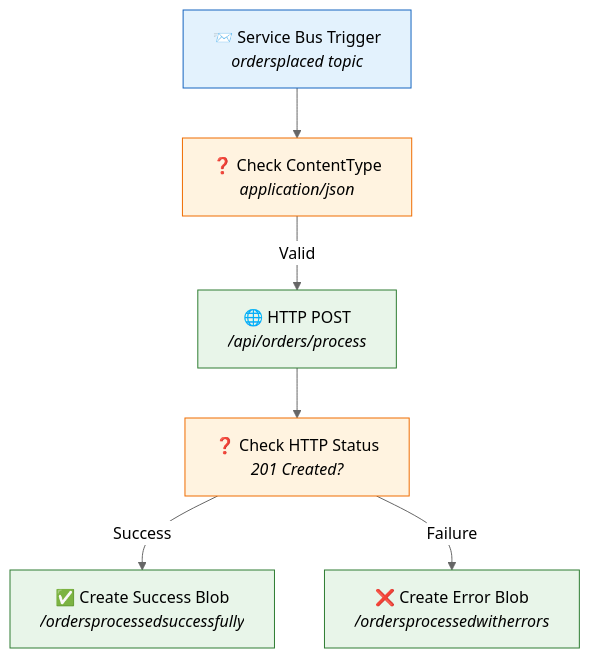
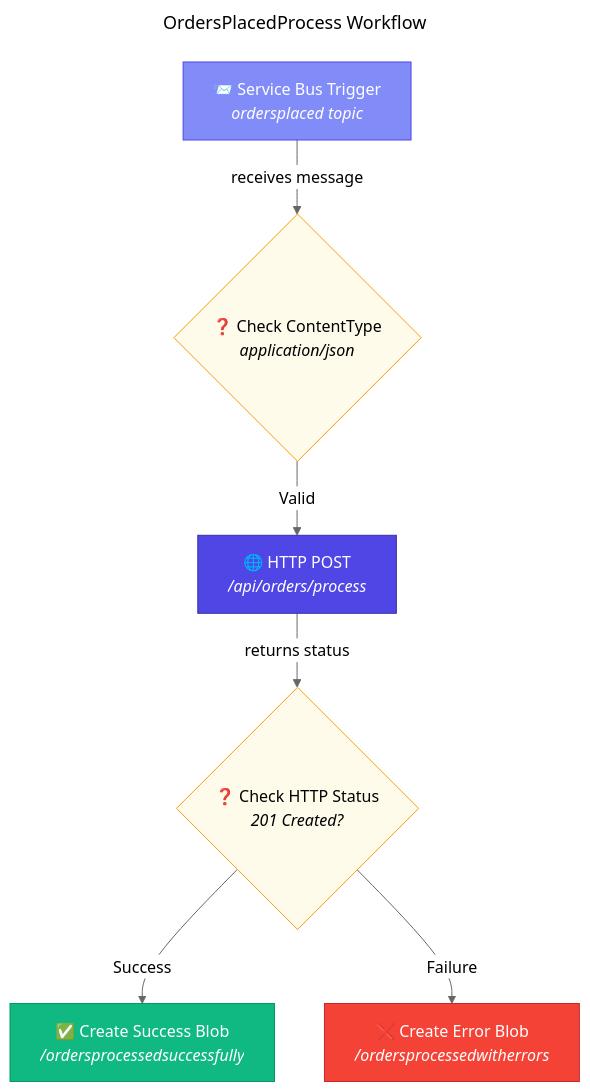
One commit to Evilazaro/Azure-LogicApps-Monitoring changed the fourth of 5 diagrams in docs/architecture/03-application-architecture.md. Above: the diagram before and after it, drawn with Mermaid (neutral theme). The commit also changed other lines of this file, not shown here.

Commit message:
feat: Enhance application architecture documentation with updated landscape maps and component structures

````diff
--- a/docs/architecture/03-application-architecture.md
+++ b/docs/architecture/03-application-architecture.md
@@ -216,23 +264,34 @@
 ```mermaid
+---
+title: OrdersPlacedProcess Workflow
+---
 flowchart TD
+    %% ===== WORKFLOW STEPS =====
     Trigger["📨 Service Bus Trigger<br/><i>ordersplaced topic</i>"]
-    Check["❓ Check ContentType<br/><i>application/json</i>"]
+    Check{"❓ Check ContentType<br/><i>application/json</i>"}
     HTTP["🌐 HTTP POST<br/><i>/api/orders/process</i>"]
-    CheckResult["❓ Check HTTP Status<br/><i>201 Created?</i>"]
+    CheckResult{"❓ Check HTTP Status<br/><i>201 Created?</i>"}
     Success["✅ Create Success Blob<br/><i>/ordersprocessedsuccessfully</i>"]
     Error["❌ Create Error Blob<br/><i>/ordersprocessedwitherrors</i>"]
 
-    Trigger --> Check
+    %% ===== CONNECTIONS =====
+    Trigger -->|"receives message"| Check
     Check -->|"Valid"| HTTP
-    HTTP --> CheckResult
+    HTTP -->|"returns status"| CheckResult
     CheckResult -->|"Success"| Success
     CheckResult -->|"Failure"| Error
 
-    classDef trigger fill:#e3f2fd,stroke:#1565c0
-    classDef action fill:#e8f5e9,stroke:#2e7d32
-    classDef decision fill:#fff3e0,stroke:#ef6c00
+    %% ===== STYLES - NODE CLASSES =====
+    classDef trigger fill:#818CF8,stroke:#4F46E5,color:#FFFFFF
+    classDef primary fill:#4F46E5,stroke:#3730A3,color:#FFFFFF
+    classDef decision fill:#FFFBEB,stroke:#F59E0B,color:#000000
+    classDef secondary fill:#10B981,stroke:#059669,color:#FFFFFF
+    classDef failed fill:#F44336,stroke:#C62828,color:#FFFFFF
 
+    %% ===== CLASS ASSIGNMENTS =====
     class Trigger trigger
-    class HTTP,Success,Error action
+    class HTTP primary
     class Check,CheckResult decision
+    class Success secondary
+    class Error failed
 ```
````
